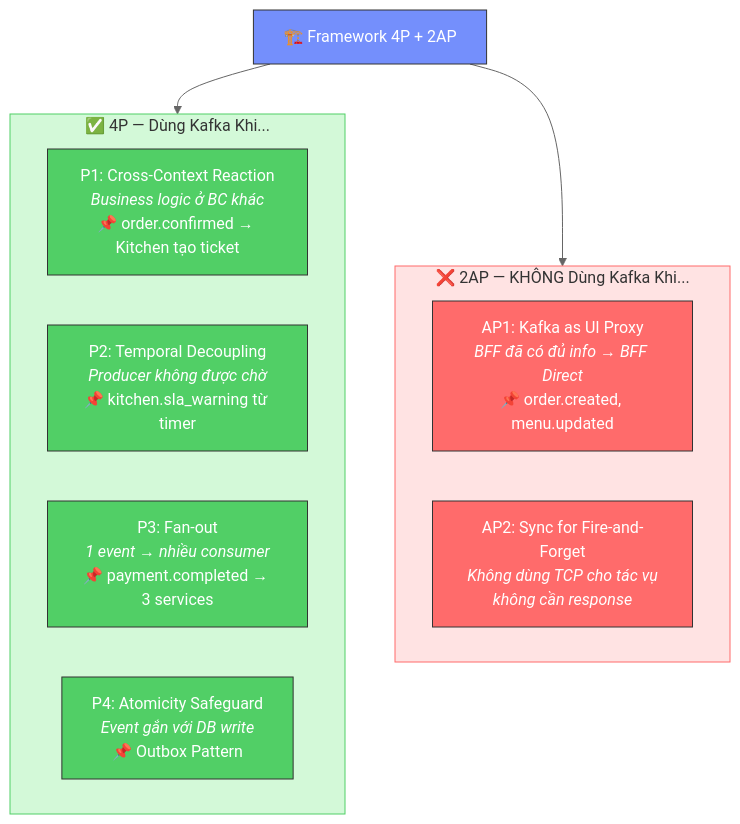
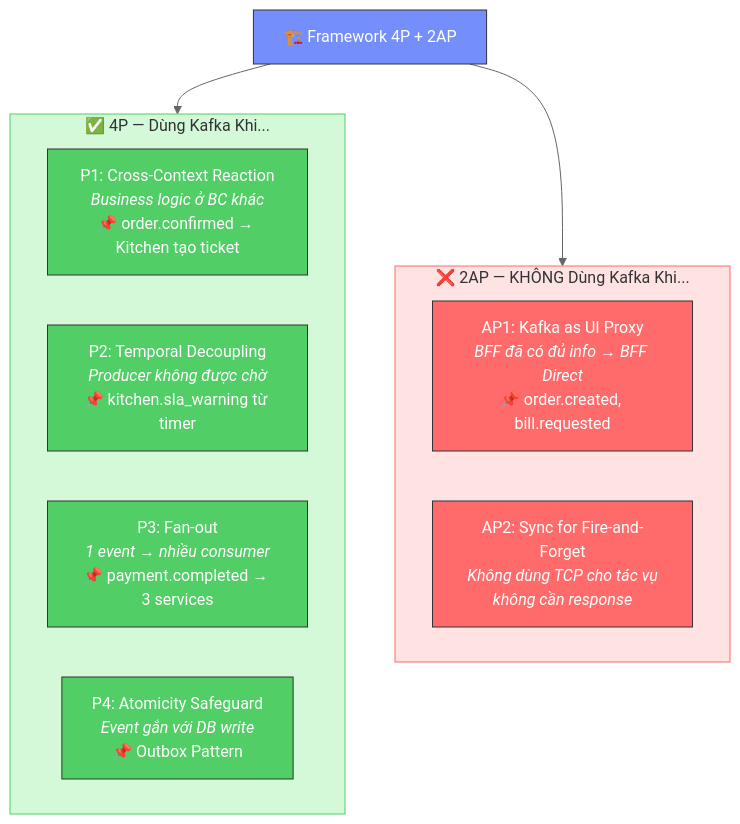
One commit to quan-vo-dinh/saas-pos-microservices-qrtable changed diagram 25 of 38 in docs/guides/kafka-qrtable.md. Above: the diagram before and after it, drawn with Mermaid (neutral theme). The commit also changed other lines of this file and 43 other files, not shown here.

````diff
--- a/docs/guides/kafka-qrtable.md
+++ b/docs/guides/kafka-qrtable.md
@@ -1125,29 +1125,29 @@
 ```mermaid
 graph TB
     FRAMEWORK["🏗️ Framework 4P + 2AP"]
 
     subgraph POSITIVE["✅ 4P — Dùng Kafka Khi..."]
         P1["P1: Cross-Context Reaction<br/><i>Business logic ở BC khác</i><br/>📌 order.confirmed → Kitchen tạo ticket"]
         P2["P2: Temporal Decoupling<br/><i>Producer không được chờ</i><br/>📌 kitchen.sla_warning từ timer"]
         P3["P3: Fan-out<br/><i>1 event → nhiều consumer</i><br/>📌 payment.completed → 3 services"]
         P4["P4: Atomicity Safeguard<br/><i>Event gắn với DB write</i><br/>📌 Outbox Pattern"]
     end
 
     subgraph NEGATIVE["❌ 2AP — KHÔNG Dùng Kafka Khi..."]
-        AP1["AP1: Kafka as UI Proxy<br/><i>BFF đã có đủ info → BFF Direct</i><br/>📌 order.created, menu.updated"]
+        AP1["AP1: Kafka as UI Proxy<br/><i>BFF đã có đủ info → BFF Direct</i><br/>📌 order.created, bill.requested"]
         AP2["AP2: Sync for Fire-and-Forget<br/><i>Không dùng TCP cho tác vụ<br/>không cần response</i>"]
     end
 
     FRAMEWORK --> POSITIVE
     FRAMEWORK --> NEGATIVE
 
     style FRAMEWORK fill:#748ffc,stroke:#333,color:#fff
     style POSITIVE fill:#d3f9d8,stroke:#51cf66
     style NEGATIVE fill:#ffe3e3,stroke:#ff6b6b
     style P1 fill:#51cf66,stroke:#333,color:#fff
     style P2 fill:#51cf66,stroke:#333,color:#fff
     style P3 fill:#51cf66,stroke:#333,color:#fff
     style P4 fill:#51cf66,stroke:#333,color:#fff
     style AP1 fill:#ff6b6b,stroke:#333,color:#fff
     style AP2 fill:#ff6b6b,stroke:#333,color:#fff
 ```
````
